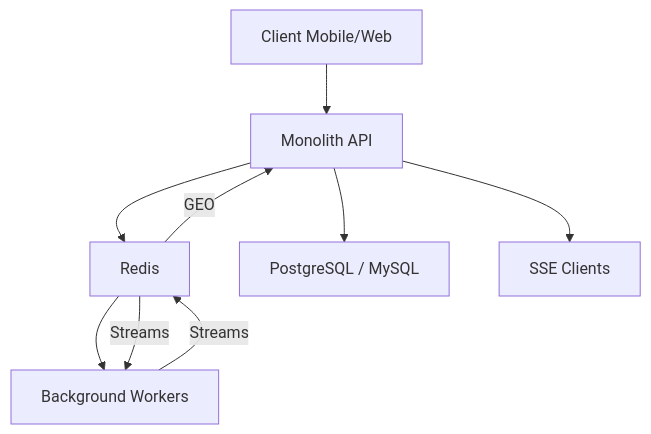
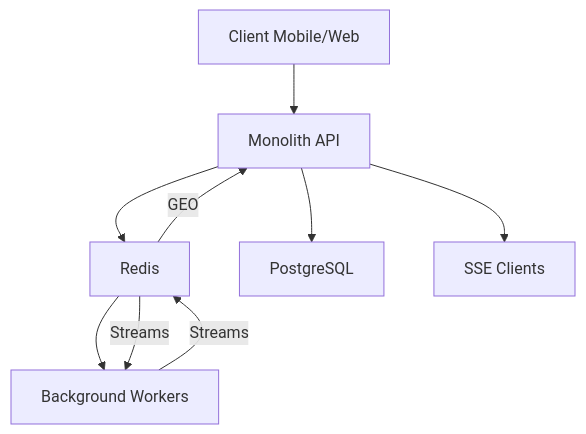
The first of 5 diagrams in README.md (hdwix/neb-lite), drawn with Mermaid before and after one commit. The commit also changed other lines of this file and 1 other file, not shown here.

```diff
--- a/README.md
+++ b/README.md
@@ -14,11 +16,11 @@
 :::mermaid
 graph TD
   A[Client Mobile/Web] --> B[Monolith API]
   B --> C[Redis]
-  B --> D[PostgreSQL / MySQL]
+  B --> D[PostgreSQL]
   C --> E[Background Workers]
   C -->|GEO| B
   C -->|Streams| E
   E -->|Streams| C
   B --> F[SSE Clients]
 :::
```
